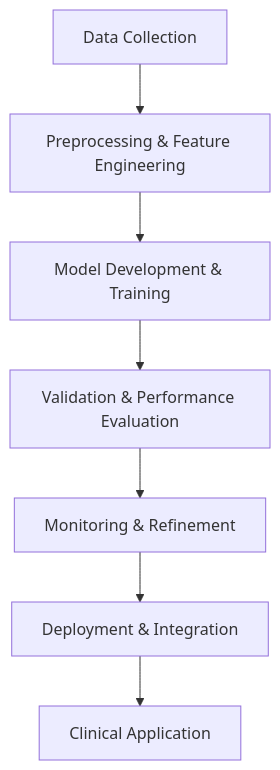
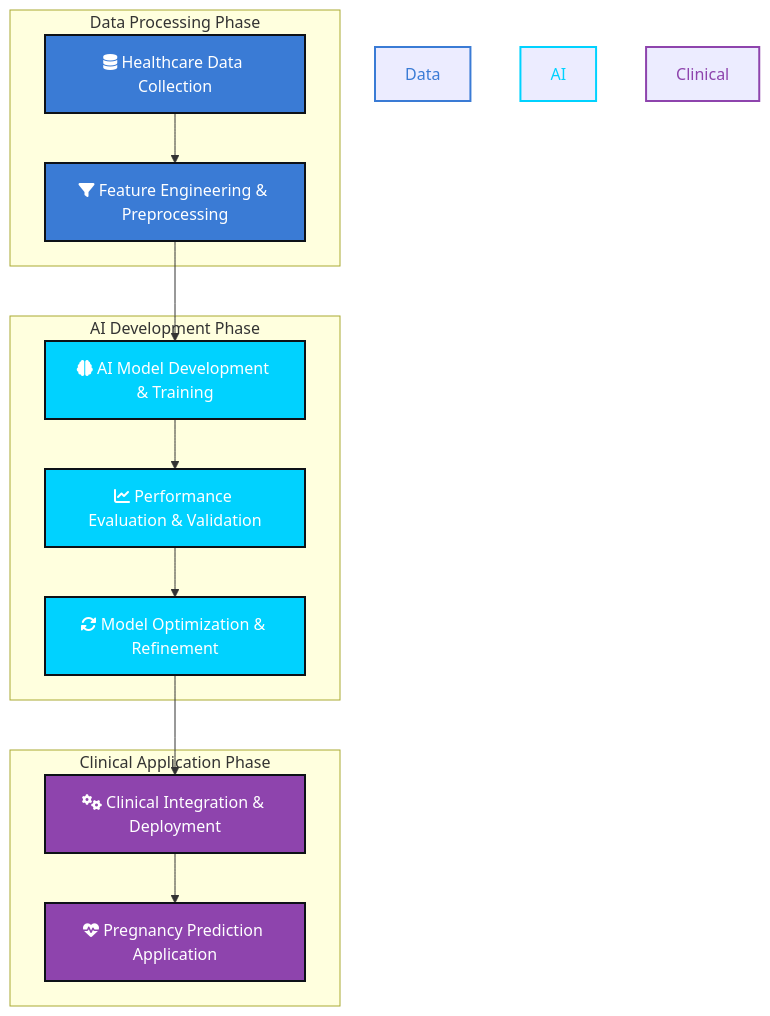
One commit to hasti1356/hasti1356 changed the diagram in README.md. Above: the diagram before and after it, drawn with Mermaid. The commit also changed other lines of this file, not shown here.

````diff
--- a/README.md
+++ b/README.md
@@ -126,9 +128,41 @@
 ```mermaid
-graph TD
-    A[Data Collection] --> B[Preprocessing & Feature Engineering]
-    B --> C[Model Development & Training]
-    C --> D[Validation & Performance Evaluation]
-    D --> E[Monitoring & Refinement]
-    E --> F[Deployment & Integration]
-    F --> G[Clinical Application]
+flowchart TD
+    classDef dataPhase fill:#3a7bd5,stroke:#0D1117,color:white,stroke-width:2px
+    classDef modelPhase fill:#00d2ff,stroke:#0D1117,color:white,stroke-width:2px
+    classDef applicationPhase fill:#8e44ad,stroke:#0D1117,color:white,stroke-width:2px
+    
+    A[fa:fa-database Healthcare Data Collection] --> B[fa:fa-filter Feature Engineering & Preprocessing]
+    B --> C[fa:fa-brain AI Model Development & Training]
+    C --> D[fa:fa-chart-line Performance Evaluation & Validation]
+    D --> E[fa:fa-sync-alt Model Optimization & Refinement]
+    E --> F[fa:fa-cogs Clinical Integration & Deployment]
+    F --> G[fa:fa-heartbeat Pregnancy Prediction Application]
+    
+    subgraph Data Processing Phase
+        A
+        B
+    end
+    
+    subgraph AI Development Phase
+        C
+        D
+        E
+    end
+    
+    subgraph Clinical Application Phase
+        F
+        G
+    end
+    
+    A:::dataPhase
+    B:::dataPhase
+    C:::modelPhase
+    D:::modelPhase
+    E:::modelPhase
+    F:::applicationPhase
+    G:::applicationPhase
+    
+    style Data Processing Phase fill:#0D1117,stroke:#3a7bd5,stroke-width:2px,color:#3a7bd5
+    style AI Development Phase fill:#0D1117,stroke:#00d2ff,stroke-width:2px,color:#00d2ff
+    style Clinical Application Phase fill:#0D1117,stroke:#8e44ad,stroke-width:2px,color:#8e44ad
 ```
````
